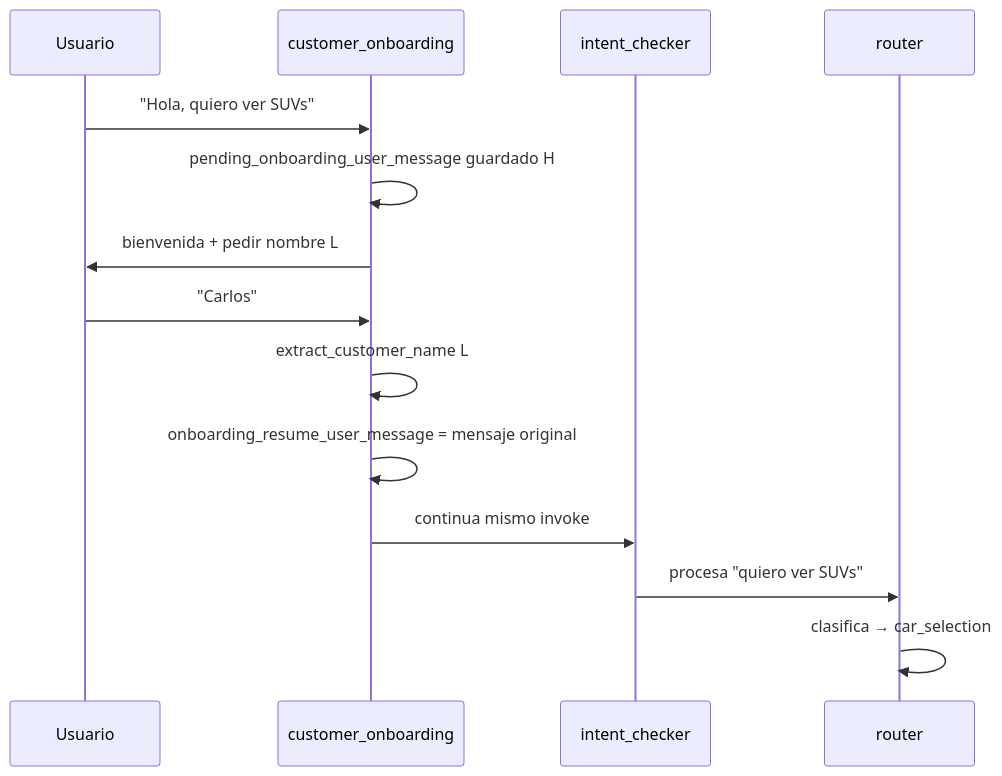
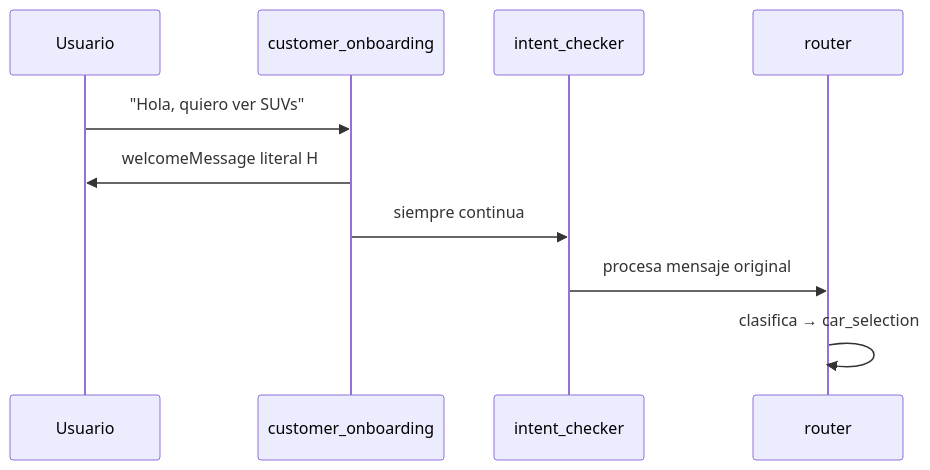
One commit to JoseManuelGdlO/car-advisor-bot changed the tenth of 10 diagrams in bot/docs/flujo-completo.md. Above: the diagram before and after it, drawn with Mermaid. The commit also changed other lines of this file and 16 other files, not shown here.

First line of the commit message:
feat: streamline customer onboarding process and enhance greeting logic

````diff
--- a/bot/docs/flujo-completo.md
+++ b/bot/docs/flujo-completo.md
@@ -503,17 +488,13 @@
 ```mermaid
 sequenceDiagram
     participant U as Usuario
     participant O as customer_onboarding
     participant IC as intent_checker
     participant R as router
 
     U->>O: "Hola, quiero ver SUVs"
-    O->>O: pending_onboarding_user_message guardado H
-    O->>U: bienvenida + pedir nombre L
-    U->>O: "Carlos"
-    O->>O: extract_customer_name L
-    O->>O: onboarding_resume_user_message = mensaje original
-    O->>IC: continua mismo invoke
-    IC->>R: procesa "quiero ver SUVs"
+    O->>U: welcomeMessage literal H
+    O->>IC: siempre continua
+    IC->>R: procesa mensaje original
     R->>R: clasifica → car_selection
 ```
````
